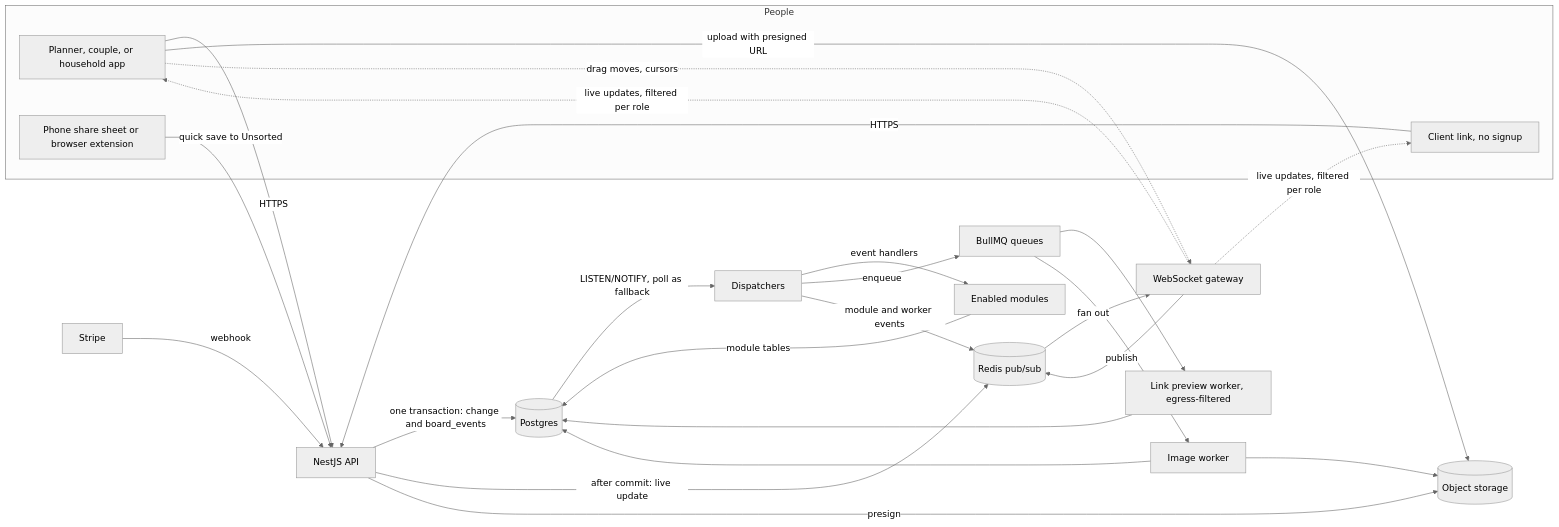
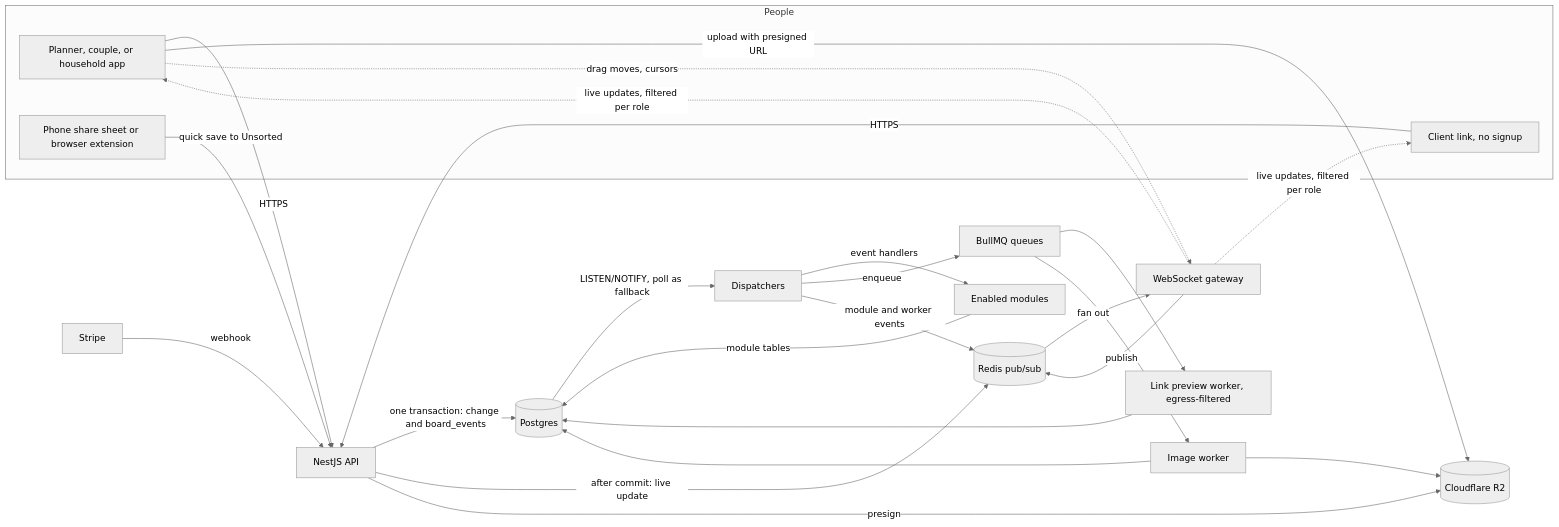
The diagram in docs/02-architecture.md (Abisola-Morohunfolu/moodboards), drawn with Mermaid (neutral theme) before and after one commit. The commit also changed other lines of this file and 69 other files, not shown here.

````diff
--- a/docs/02-architecture.md
+++ b/docs/02-architecture.md
@@ -18,31 +18,31 @@
 ```mermaid
 flowchart LR
   subgraph People
     P["Planner, couple, or household app"]
     C["Client link, no signup"]
     X["Phone share sheet or browser extension"]
   end
   P -- HTTPS --> API["NestJS API"]
   C -- HTTPS --> API
   X -- "quick save to Unsorted" --> API
-  P -- "upload with presigned URL" --> S3[("Object storage")]
+  P -- "upload with presigned URL" --> R2[("Cloudflare R2")]
   API -- "one transaction: change and board_events" --> PG[("Postgres")]
   API -- "after commit: live update" --> R[("Redis pub/sub")]
-  API -- presign --> S3
+  API -- presign --> R2
   ST["Stripe"] -- webhook --> API
   PG -- "LISTEN/NOTIFY, poll as fallback" --> D["Dispatchers"]
   D -- "event handlers" --> M["Enabled modules"]
   M -- "module tables" --> PG
   D -- enqueue --> Q["BullMQ queues"]
   Q --> W1["Link preview worker, egress-filtered"]
   Q --> W2["Image worker"]
   W1 --> PG
-  W2 --> S3
+  W2 --> R2
   W2 --> PG
   D -- "module and worker events" --> R
   P -. "drag moves, cursors" .-> GW["WebSocket gateway"]
   GW -- publish --> R
   R -- "fan out" --> GW
   GW -. "live updates, filtered per role" .-> P
   GW -. "live updates, filtered per role" .-> C
 ```
````
